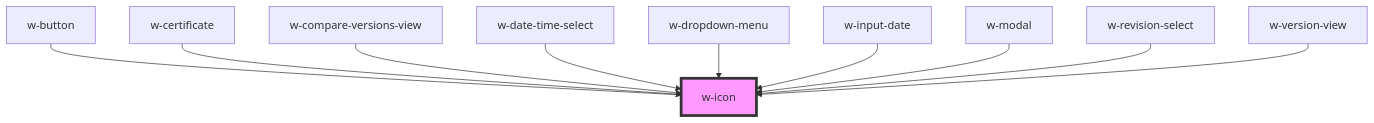
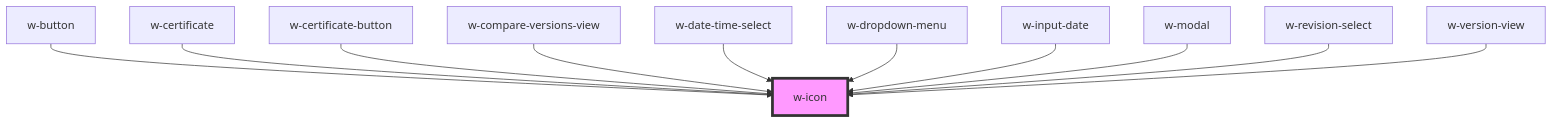
One commit to wordproof/ui changed the diagram in src/components/w-icon/readme.md. Above: the diagram before and after it, drawn with Mermaid. The commit also changed other lines of this file and 1 other file, not shown here.

Commit message:
auto generate components docs

````diff
--- a/src/components/w-icon/readme.md
+++ b/src/components/w-icon/readme.md
@@ -31,13 +32,14 @@
 ```mermaid
 graph TD;
   w-button --> w-icon
   w-certificate --> w-icon
+  w-certificate-button --> w-icon
   w-compare-versions-view --> w-icon
   w-date-time-select --> w-icon
   w-dropdown-menu --> w-icon
   w-input-date --> w-icon
   w-modal --> w-icon
   w-revision-select --> w-icon
   w-version-view --> w-icon
   style w-icon fill:#f9f,stroke:#333,stroke-width:4px
 ```
````
